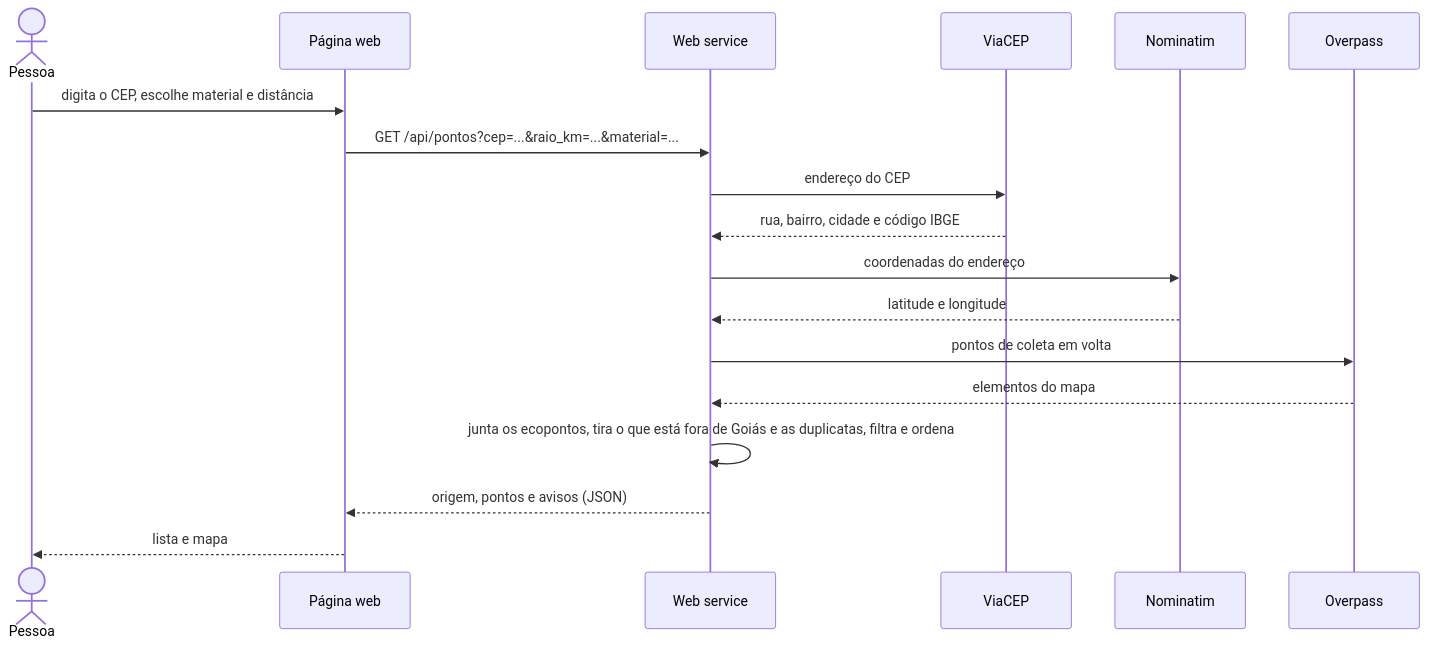
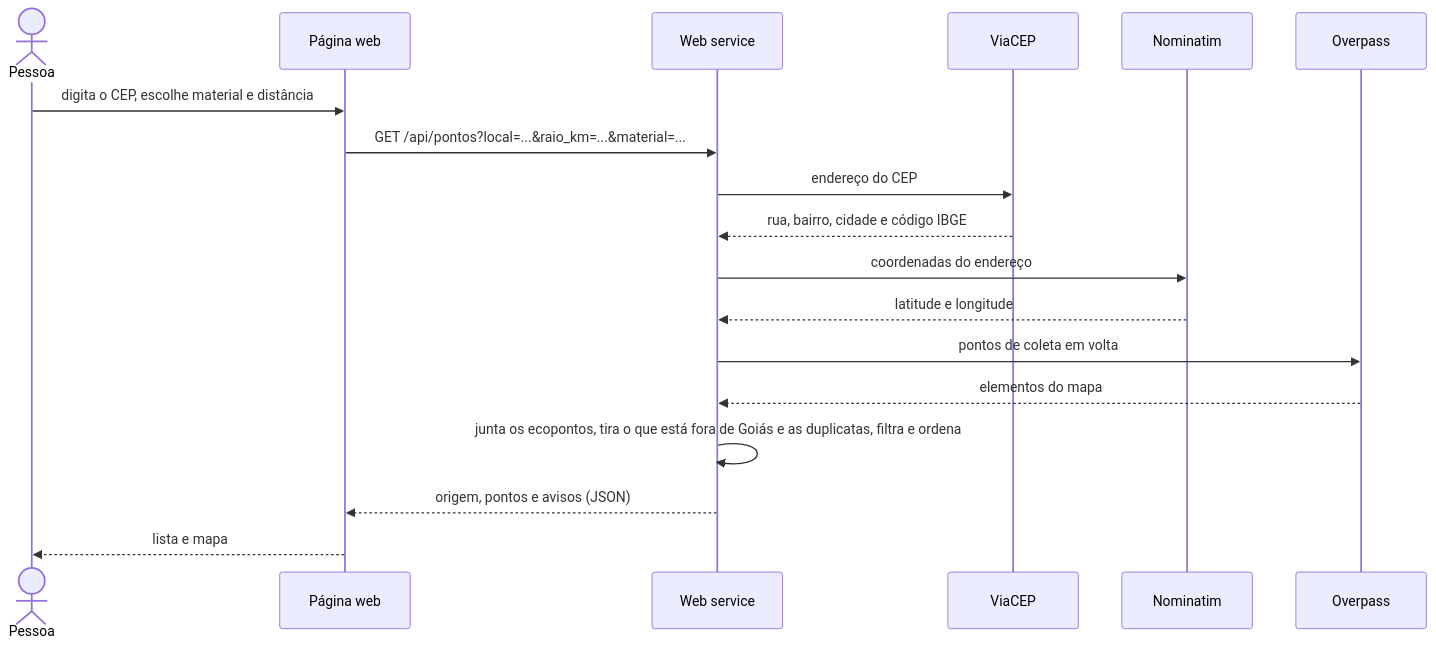
One commit to GustasSilva/residuogo changed the second of 4 diagrams in docs/DIAGRAMAS.md. Above: the diagram before and after it, drawn with Mermaid. The commit also changed other lines of this file and 16 other files, not shown here.

````diff
--- a/docs/DIAGRAMAS.md
+++ b/docs/DIAGRAMAS.md
@@ -46,21 +46,21 @@
 ```mermaid
 sequenceDiagram
     actor Pessoa
     participant P as Página web
     participant S as Web service
     participant V as ViaCEP
     participant N as Nominatim
     participant O as Overpass
 
     Pessoa->>P: digita o CEP, escolhe material e distância
-    P->>S: GET /api/pontos?cep=...&raio_km=...&material=...
+    P->>S: GET /api/pontos?local=...&raio_km=...&material=...
     S->>V: endereço do CEP
     V-->>S: rua, bairro, cidade e código IBGE
     S->>N: coordenadas do endereço
     N-->>S: latitude e longitude
     S->>O: pontos de coleta em volta
     O-->>S: elementos do mapa
     S->>S: junta os ecopontos, tira o que está fora de Goiás e as duplicatas, filtra e ordena
     S-->>P: origem, pontos e avisos (JSON)
     P-->>Pessoa: lista e mapa
 ```
````
